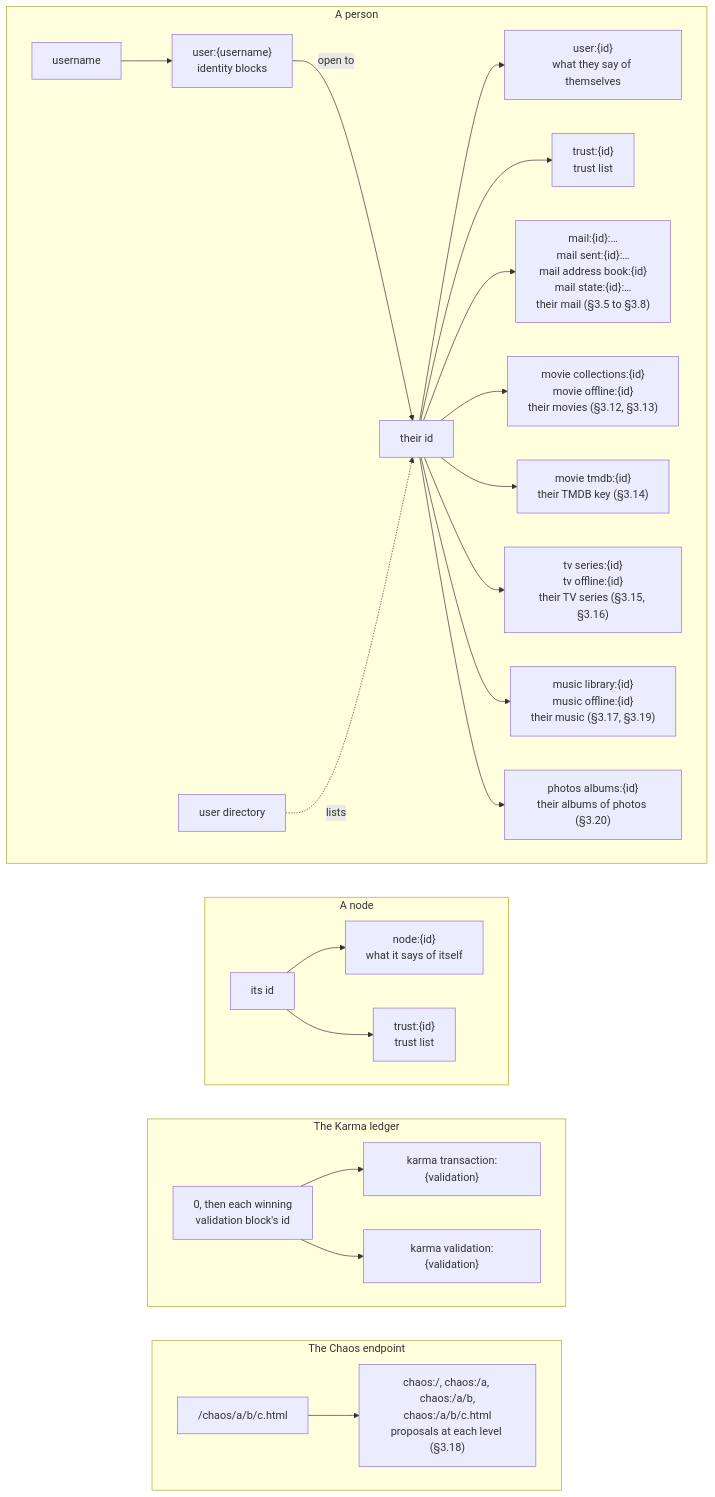
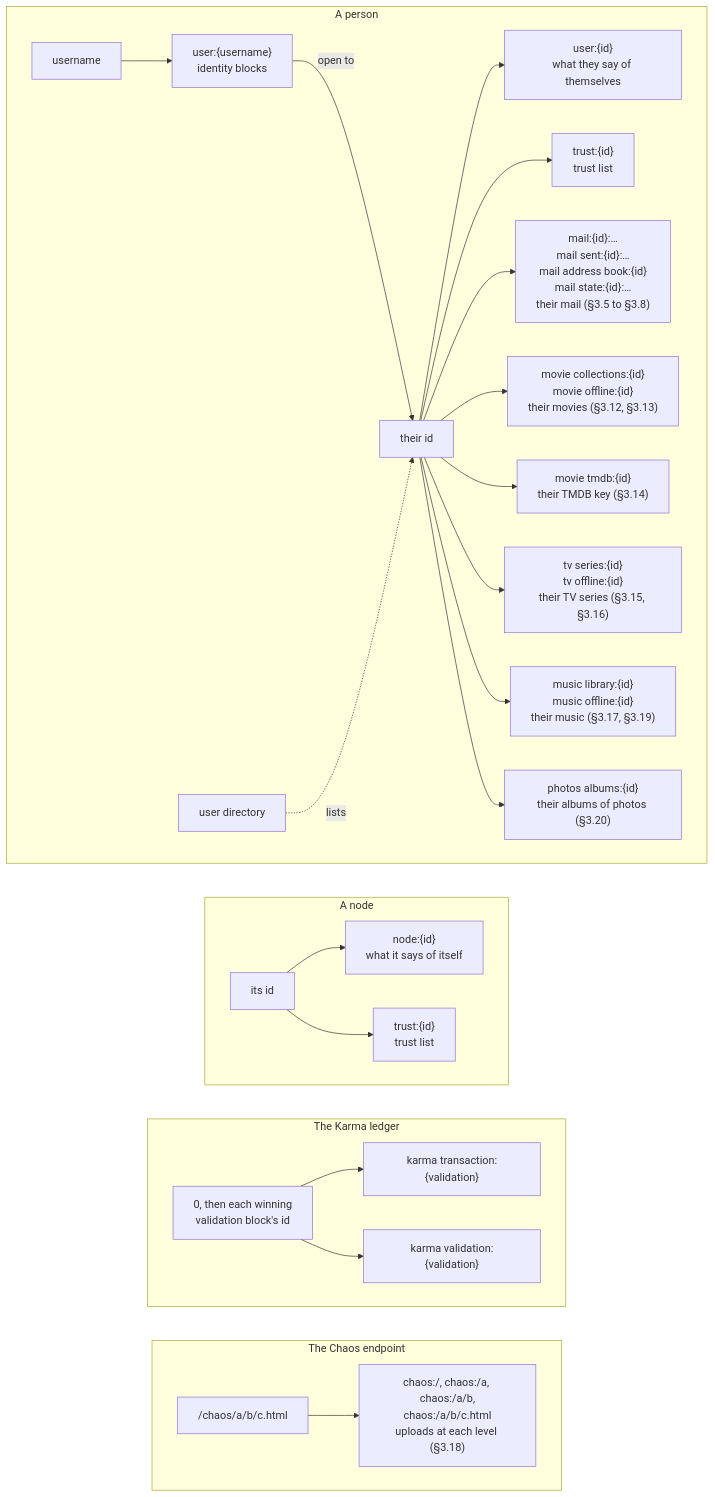
One commit to marcpage/libranet changed the first of 2 diagrams in docs/specs/KnownDrops.md. Above: the diagram before and after it, drawn with Mermaid. The commit also changed other lines of this file and 21 other files, not shown here.

First line of the commit message:
Rename Chaos "proposals" to "uploads" everywhere (#682) (#686)

````diff
--- a/docs/specs/KnownDrops.md
+++ b/docs/specs/KnownDrops.md
@@ -43,34 +43,34 @@
 ```mermaid
 flowchart TB
     subgraph person["A person"]
         direction LR
         username["username"] --> blocks["user:{username}<br/>identity blocks"]
         blocks -->|"open to"| pid["their id"]
         directory["user directory"] -.->|lists| pid
         pid --> says["user:{id}<br/>what they say of themselves"]
         pid --> ptrust["trust:{id}<br/>trust list"]
         pid --> mail["mail:{id}:…<br/>mail sent:{id}:…<br/>mail address book:{id}<br/>mail state:{id}:…<br/>their mail (§3.5 to §3.8)"]
         pid --> movie["movie collections:{id}<br/>movie offline:{id}<br/>their movies (§3.12, §3.13)"]
         pid --> tmdb["movie tmdb:{id}<br/>their TMDB key (§3.14)"]
         pid --> tv["tv series:{id}<br/>tv offline:{id}<br/>their TV series (§3.15, §3.16)"]
         pid --> music["music library:{id}<br/>music offline:{id}<br/>their music (§3.17, §3.19)"]
         pid --> photos["photos albums:{id}<br/>their albums of photos (§3.20)"]
     end
     subgraph node["A node"]
         direction LR
         nid["its id"] --> nsays["node:{id}<br/>what it says of itself"]
         nid --> ntrust["trust:{id}<br/>trust list"]
     end
     subgraph karma["The Karma ledger"]
         direction LR
         validation["0, then each winning<br/>validation block's id"] --> kt["karma transaction:{validation}"]
         validation --> kv["karma validation:{validation}"]
     end
     subgraph chaos["The Chaos endpoint"]
         direction LR
-        cpath["/chaos/a/b/c.html"] --> clevels["chaos:/, chaos:/a, chaos:/a/b,<br/>chaos:/a/b/c.html<br/>proposals at each level (§3.18)"]
+        cpath["/chaos/a/b/c.html"] --> clevels["chaos:/, chaos:/a, chaos:/a/b,<br/>chaos:/a/b/c.html<br/>uploads at each level (§3.18)"]
     end
     person ~~~ node
     node ~~~ karma
     karma ~~~ chaos
 ```
````
